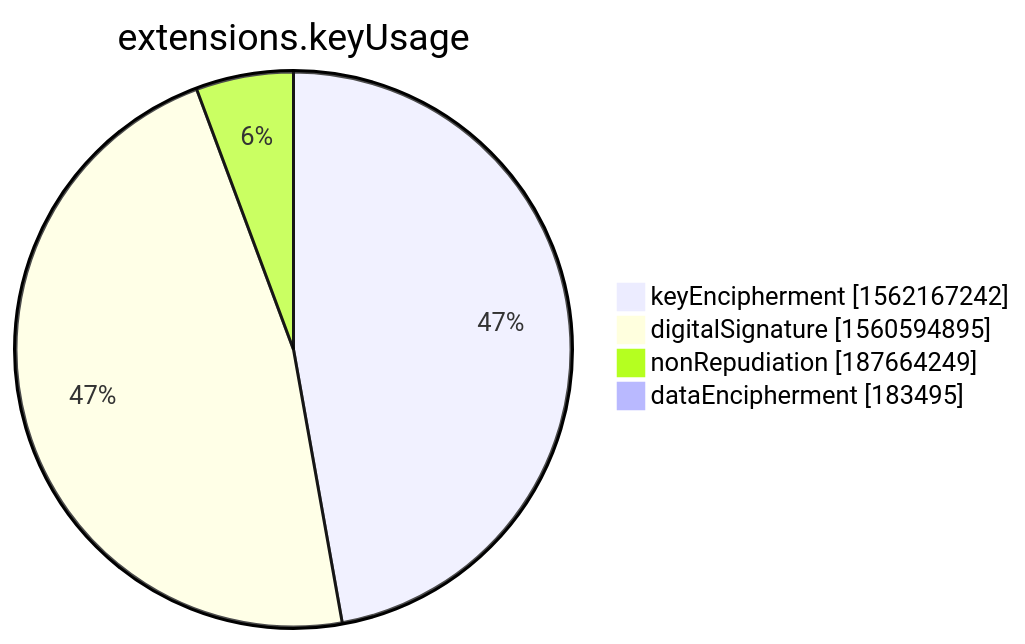
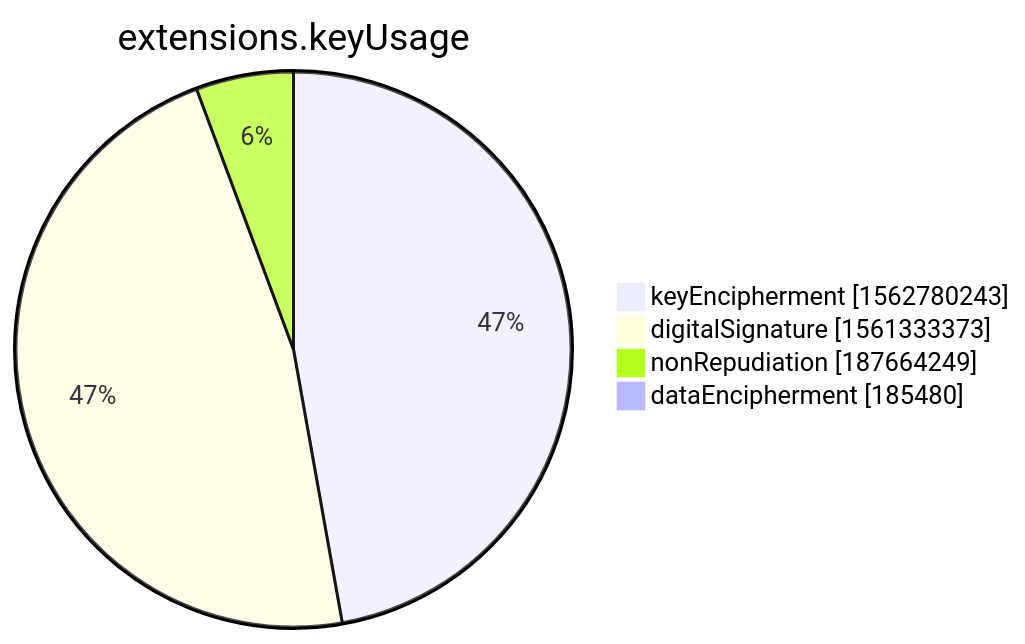
Before and after one commit to christiankrug/ctmonitor_visualization: the seventh of 15 diagrams in xenon2022/README.md, drawn with Mermaid. The commit also changed other lines of this file, not shown here.

````diff
--- a/xenon2022/README.md
+++ b/xenon2022/README.md
@@ -2852,8 +2852,8 @@
 ```mermaid
 pie showData
 title extensions.keyUsage
-"keyEncipherment" :1562167242
-"digitalSignature" :1560594895
+"keyEncipherment" :1562780243
+"digitalSignature" :1561333373
 "nonRepudiation" :187664249
-"dataEncipherment" :183495
+"dataEncipherment" :185480
 ```
````
